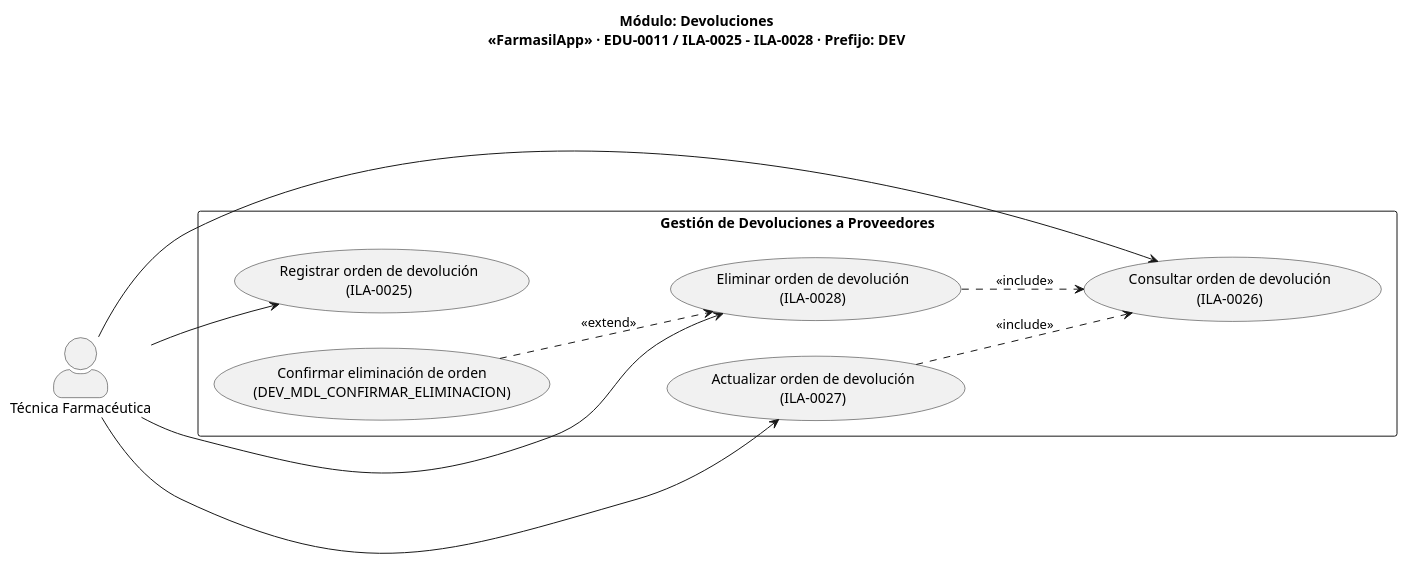
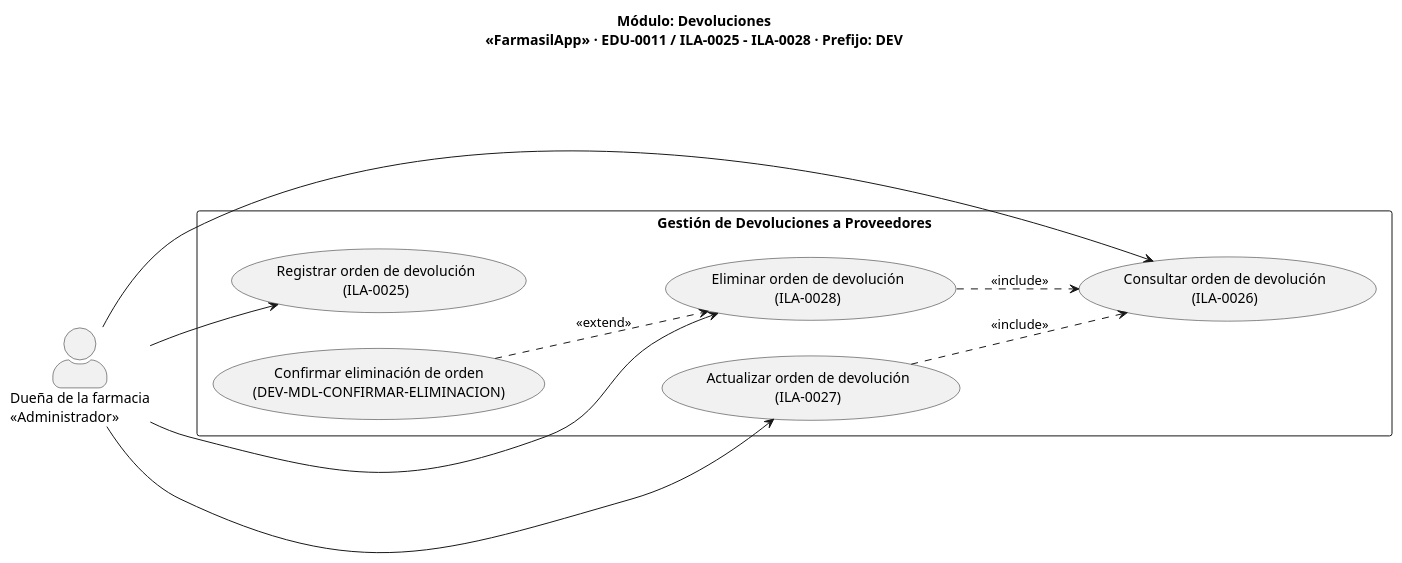
Before and after one commit to Luis-Ayben-Chahua-Charca/Farmasil_App: the diagram in docs/diagramas/plaintext-CasosUso/CU-07_Devoluciones.puml, drawn with PlantUML. The commit also changed 37 other files, not shown here.

First line of the commit message:
docs(comportamiento): elaborar los diagramas de comportamiento y alinear la coherencia del catálogo (#58)

```diff
--- a/docs/diagramas/plaintext-CasosUso/CU-07_Devoluciones.puml
+++ b/docs/diagramas/plaintext-CasosUso/CU-07_Devoluciones.puml
@@ -1,25 +1,25 @@
 @startuml DiagramaDevoluciones
 left to right direction
 skinparam actorStyle awesome
 title Módulo: Devoluciones\n«FarmasilApp» · EDU-0011 / ILA-0025 - ILA-0028 · Prefijo: DEV
 
-actor "Técnica Farmacéutica" as Tecnica
+actor "Dueña de la farmacia\n<<Administrador>>" as Duena
 
 rectangle "Gestión de Devoluciones a Proveedores" {
   usecase "Registrar orden de devolución\n(ILA-0025)" as UC_Registrar
   usecase "Consultar orden de devolución\n(ILA-0026)" as UC_Consultar
   usecase "Actualizar orden de devolución\n(ILA-0027)" as UC_Actualizar
   usecase "Eliminar orden de devolución\n(ILA-0028)" as UC_Eliminar
-  usecase "Confirmar eliminación de orden\n(DEV_MDL_CONFIRMAR_ELIMINACION)" as UC_Confirmar
+  usecase "Confirmar eliminación de orden\n(DEV-MDL-CONFIRMAR-ELIMINACION)" as UC_Confirmar
 }
 
-Tecnica --> UC_Registrar
-Tecnica --> UC_Consultar
-Tecnica --> UC_Actualizar
-Tecnica --> UC_Eliminar
+Duena --> UC_Registrar
+Duena --> UC_Consultar
+Duena --> UC_Actualizar
+Duena --> UC_Eliminar
 
 UC_Actualizar ..> UC_Consultar : <<include>>
 UC_Eliminar   ..> UC_Consultar : <<include>>
 UC_Confirmar  ..> UC_Eliminar  : <<extend>>
 
 @enduml
```
